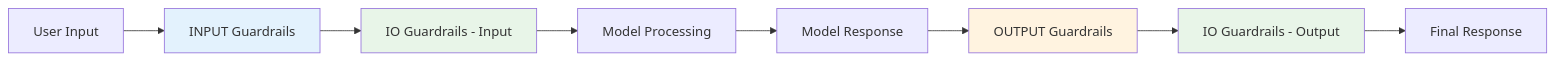
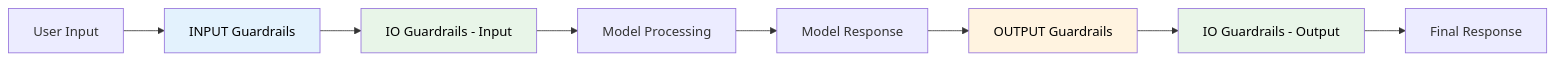
One commit to radicalbit/radicalbit-ai-gateway-docs changed the first of 3 diagrams in docs/features/guardrails.md. Above: the diagram before and after it, drawn with Mermaid. The commit also changed other lines of this file and 5 other files, not shown here.

````diff
--- a/docs/features/guardrails.md
+++ b/docs/features/guardrails.md
@@ -22,15 +22,15 @@
 ```mermaid
 graph LR
     A[User Input] --> B[INPUT Guardrails]
     B --> C[IO Guardrails - Input]
     C --> D[Model Processing]
     D --> E[Model Response]
     E --> F[OUTPUT Guardrails]
     F --> G[IO Guardrails - Output]
     G --> H[Final Response]
     
-    style B fill:#e3f2fd
-    style C fill:#e8f5e8
-    style F fill:#fff3e0
-    style G fill:#e8f5e8
+    style B color:#000, fill:#e3f2fd
+    style C color:#000, fill:#e8f5e8
+    style F color:#000, fill:#fff3e0
+    style G color:#000, fill:#e8f5e8
 ```
````
